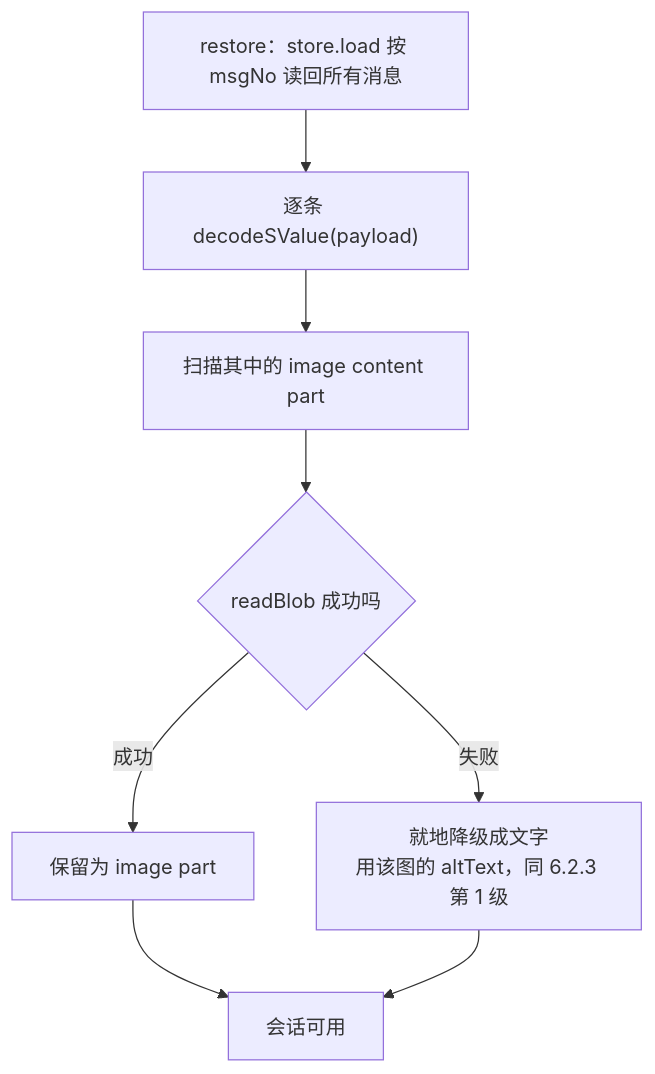
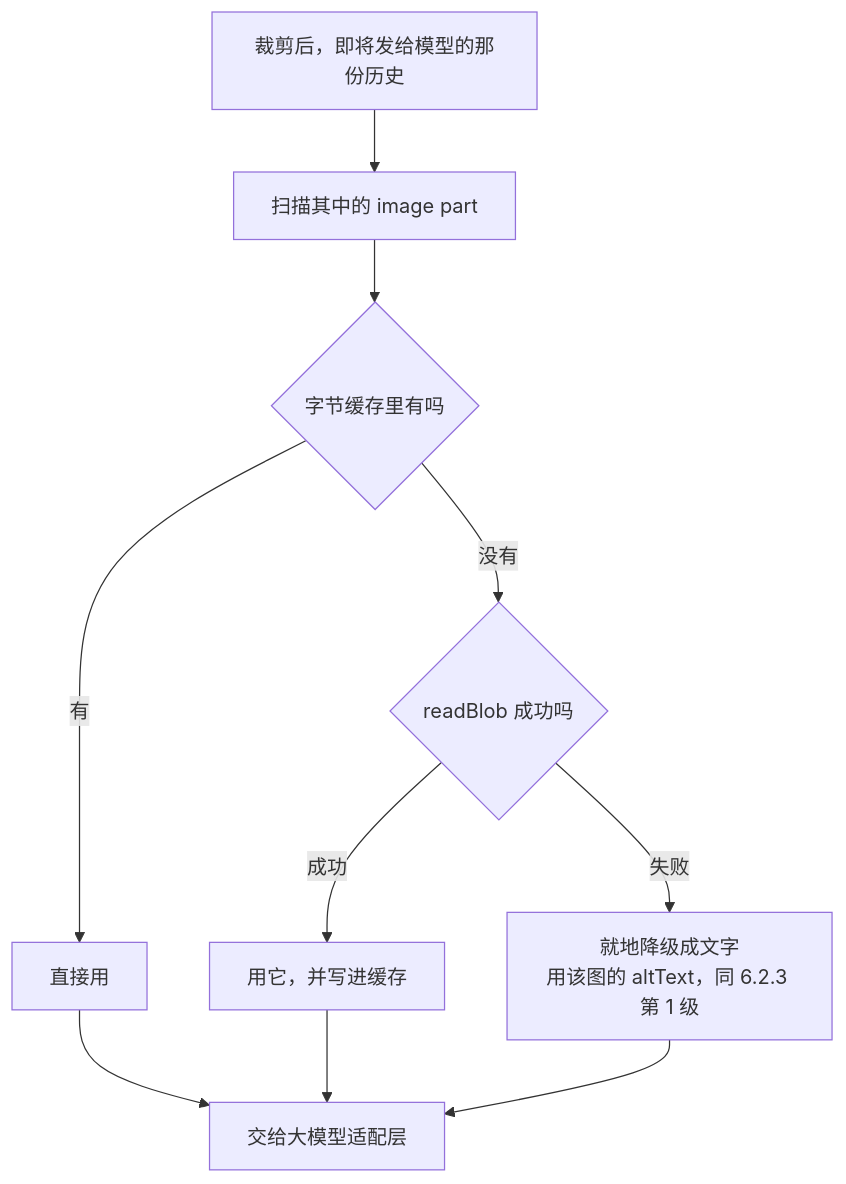
Before and after one commit to shazhou-ww/unidocs: diagram 13 of 18 in docs/superpowers/specs/2026-08-26-agent-sdk-design.md, drawn with Mermaid. The commit also changed other lines of this file, not shown here.

````diff
--- a/docs/superpowers/specs/2026-08-26-agent-sdk-design.md
+++ b/docs/superpowers/specs/2026-08-26-agent-sdk-design.md
@@ -1305,10 +1356,12 @@
 ```mermaid
 flowchart TB
-    R["restore：store.load 按 msgNo 读回所有消息"] --> D["逐条 decodeSValue(payload)"]
-    D --> S["扫描其中的 image content part"]
-    S --> T{"readBlob 成功吗"}
-    T -->|成功| K["保留为 image part"]
-    T -->|失败| G["就地降级成文字<br/>用该图的 altText，同 6.2.3 第 1 级"]
-    K --> OK["会话可用"]
-    G --> OK
+    T["裁剪后，即将发给模型的那份历史"] --> S["扫描其中的 image part"]
+    S --> H{"字节缓存里有吗"}
+    H -->|有| K["直接用"]
+    H -->|没有| R{"readBlob 成功吗"}
+    R -->|成功| K2["用它，并写进缓存"]
+    R -->|失败| G["就地降级成文字<br/>用该图的 altText，同 6.2.3 第 1 级"]
+    K --> OUT["交给大模型适配层"]
+    K2 --> OUT
+    G --> OUT
 ```
````
